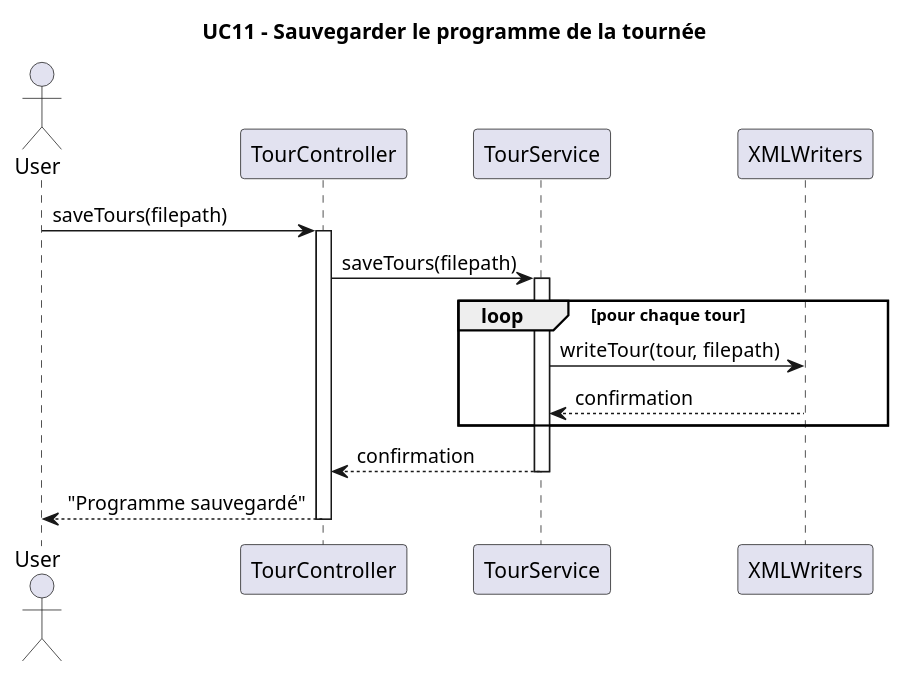
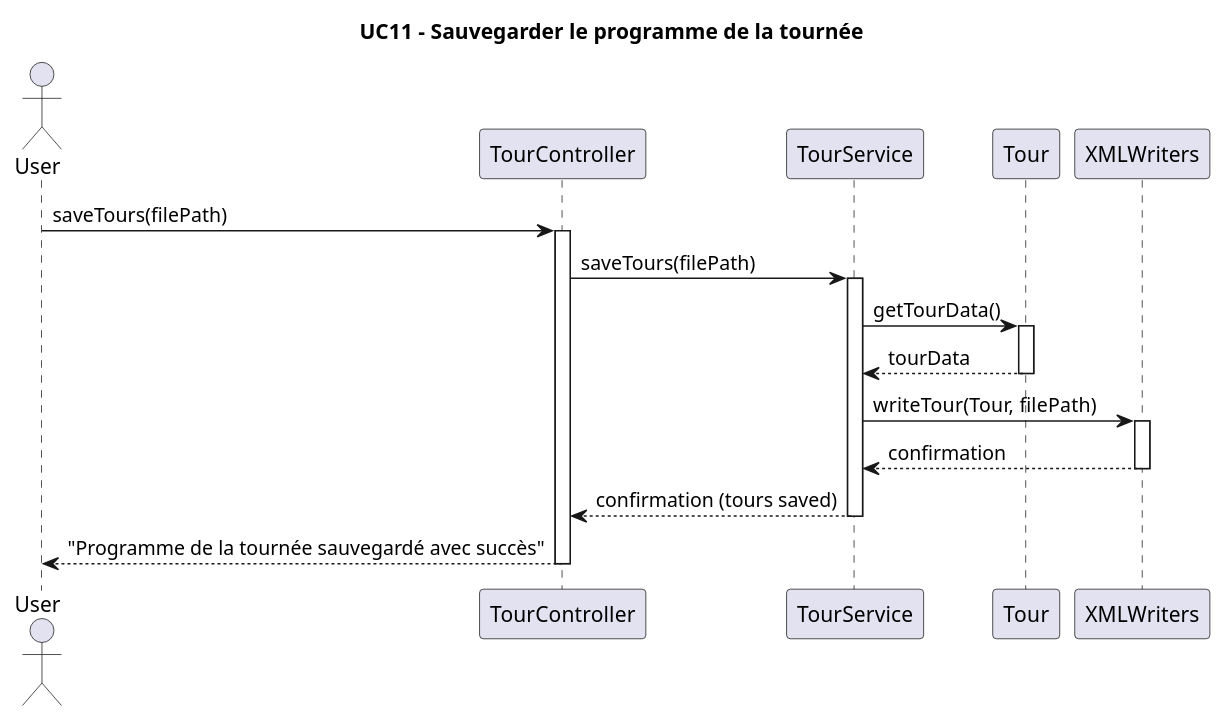
The diagram in diagrams/diagramUC11.plantuml (enzo-dosanjos/Pickup_Delivery_App), drawn with PlantUML before and after one commit. The commit also changed 13 other files, not shown here.

```diff
--- a/diagrams/diagramUC11.plantuml
+++ b/diagrams/diagramUC11.plantuml
@@ -1,26 +1,33 @@
 @startuml
-title UC11 - Sauvegarder le programme de la tournée
+title UC11 – Sauvegarder le programme de la tournée 
 
 actor User
 participant "TourController" as TC
 participant "TourService" as TS
+participant "Tour" as T
 participant "XMLWriters" as XW
 
-User -> TC : saveTours(filepath)
+User -> TC : saveTours(filePath)
 activate TC
 
-TC -> TS : saveTours(filepath)
+TC -> TS : saveTours(filePath)
 activate TS
 
-loop pour chaque tour
-    TS -> XW : writeTour(tour, filepath)
-    XW --> TS : confirmation
-end
 
-TS --> TC : confirmation
+TS -> T : getTourData()
+activate T
+T --> TS : tourData
+deactivate T
+
+TS -> XW : writeTour(Tour, filePath)
+activate XW
+XW --> TS : confirmation
+deactivate XW
+
+
+TS --> TC : confirmation (tours saved)
 deactivate TS
 
-TC --> User : "Programme sauvegardé"
+TC --> User : "Programme de la tournée sauvegardé avec succès"
 deactivate TC
-
 @enduml
```
